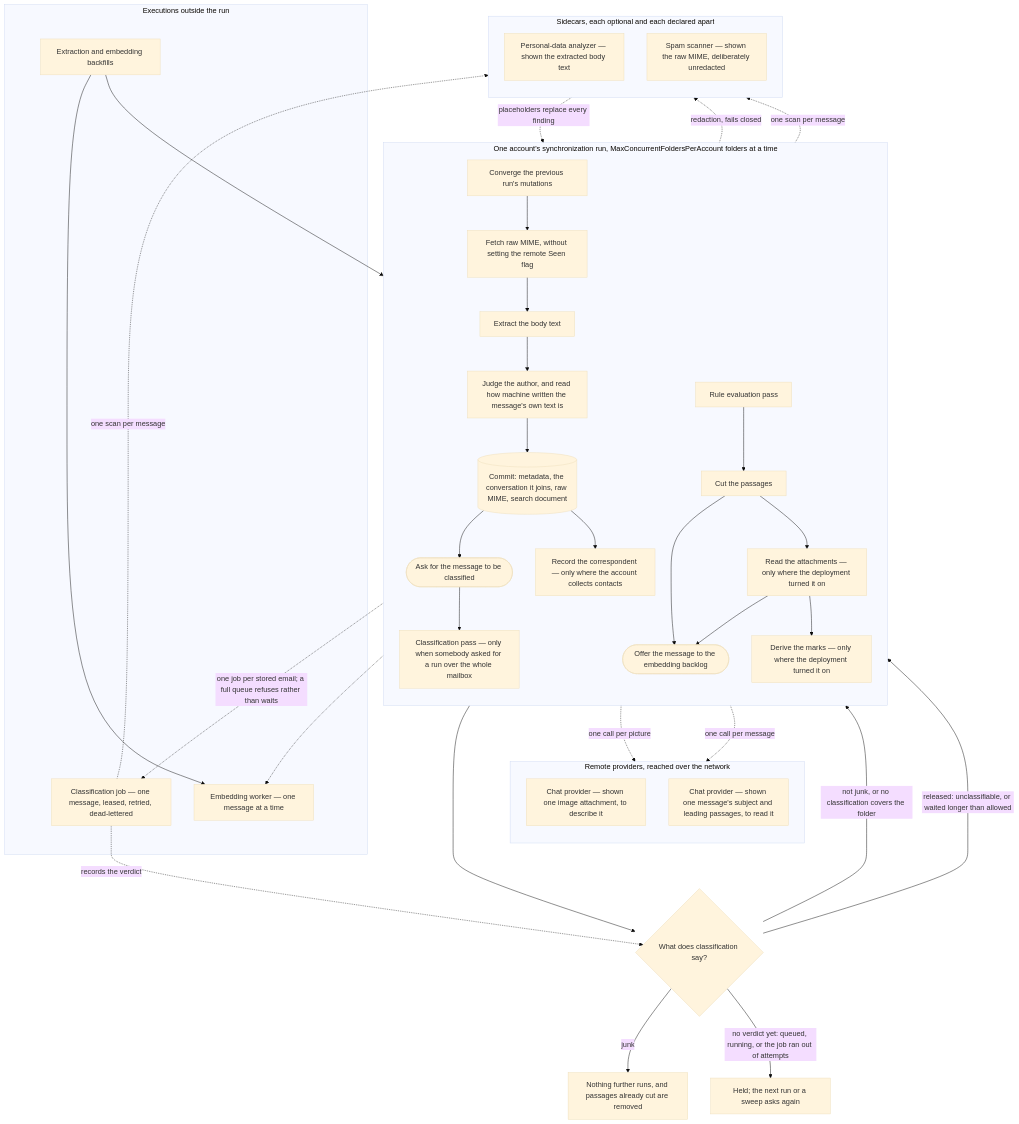
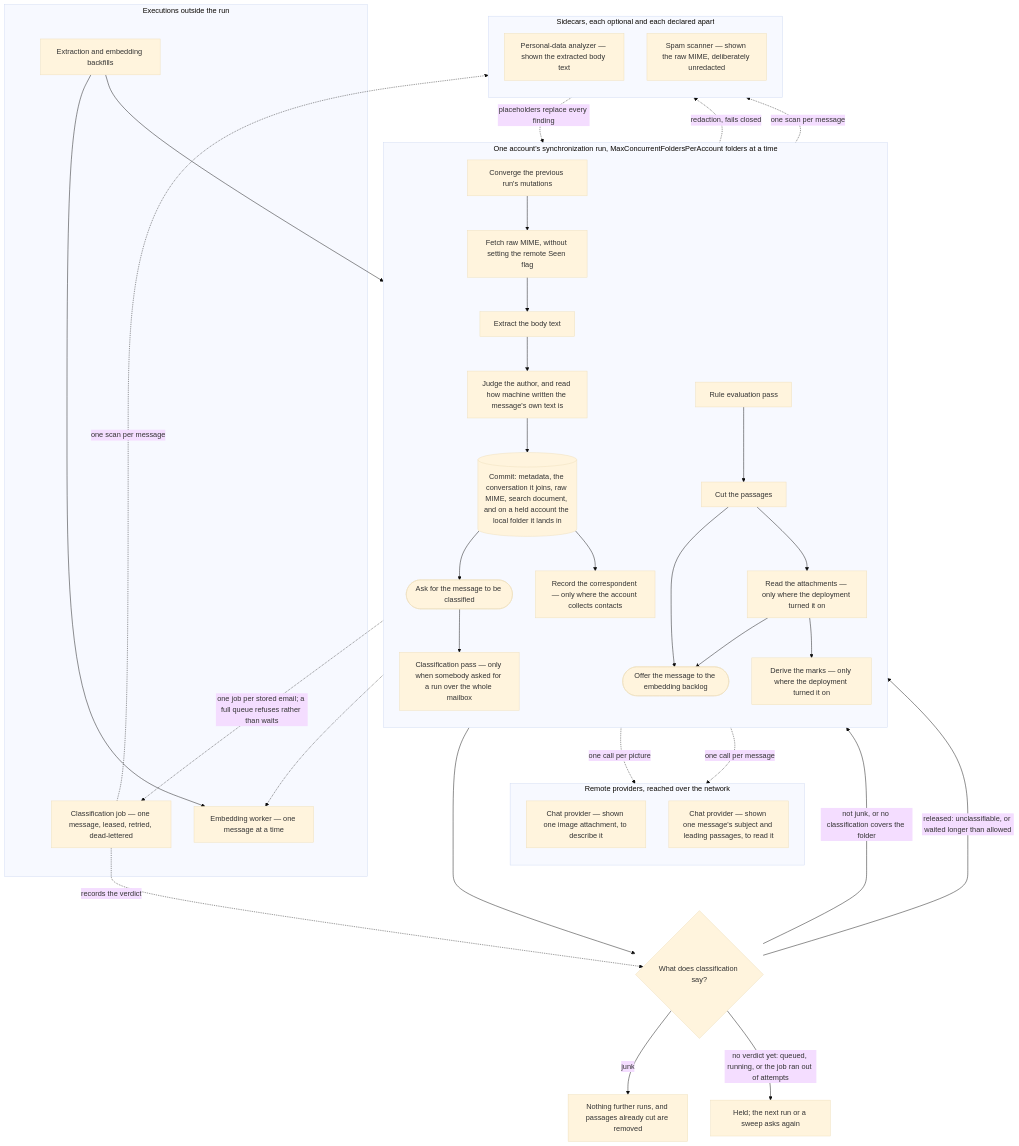
Before and after one commit to Krzysztof318/MailFathom: the diagram in docs/architecture/arrival-pipeline.md, drawn with Mermaid (base theme). The commit also changed 66 other files, not shown here.

First line of the commit message:
[#1942] Keep a folder hierarchy of its own for an account whose source is drained (#1988)

````diff
--- a/docs/architecture/arrival-pipeline.md
+++ b/docs/architecture/arrival-pipeline.md
@@ -16,64 +16,64 @@
 ```mermaid
 flowchart TD
     subgraph run["One account's synchronization run, MaxConcurrentFoldersPerAccount folders at a time"]
         direction TB
         converge["Converge the previous run's mutations"]
         fetch["Fetch raw MIME, without setting the remote Seen flag"]
         extract["Extract the body text"]
         judge["Judge the author, and read how machine written the message's own text is"]
-        commit[("Commit: metadata, the conversation it joins, raw MIME, search document")]
+        commit[("Commit: metadata, the conversation it joins, raw MIME, search document, and on a held account the local folder it lands in")]
         ask(["Ask for the message to be classified"])
         collect["Record the correspondent — only where the account collects contacts"]
         classify["Classification pass — only when somebody asked for a run over the whole mailbox"]
         rules["Rule evaluation pass"]
         cut["Cut the passages"]
         read["Read the attachments — only where the deployment turned it on"]
         offer(["Offer the message to the embedding backlog"])
         enrich["Derive the marks — only where the deployment turned it on"]
     end
 
     subgraph sidecars["Sidecars, each optional and each declared apart"]
         direction TB
         presidio["Personal-data analyzer — shown the extracted body text"]
         spamd["Spam scanner — shown the raw MIME, deliberately unredacted"]
     end
 
     subgraph remote["Remote providers, reached over the network"]
         direction TB
         vision["Chat provider — shown one image attachment, to describe it"]
         enricher["Chat provider — shown one message's subject and leading passages, to read it"]
     end
 
     subgraph elsewhere["Executions outside the run"]
         job["Classification job — one message, leased, retried, dead-lettered"]
         worker["Embedding worker — one message at a time"]
         sweeps["Extraction and embedding backfills"]
     end
 
     converge --> fetch --> extract --> judge
     judge -. "redaction, fails closed" .-> presidio
     presidio -. "placeholders replace every finding" .-> judge
     judge --> commit
     commit --> ask
     commit --> collect
     ask -. "one job per stored email; a full queue refuses rather than waits" .-> job
     ask --> classify
     job -. "one scan per message" .-> spamd
     classify -. "one scan per message" .-> spamd
     job -. "records the verdict" .-> gate
     classify --> gate{"What does classification say?"}
     gate -- "junk" --> withheld["Nothing further runs, and passages already cut are removed"]
     gate -- "not junk, or no classification covers the folder" --> rules
     gate -- "no verdict yet: queued, running, or the job ran out of attempts" --> held["Held; the next run or a sweep asks again"]
     gate -- "released: unclassifiable, or waited longer than allowed" --> rules
     rules --> cut
     cut --> offer
     cut --> read
     read --> offer
     read -. "one call per picture" .-> vision
     read --> enrich
     enrich -. "one call per message" .-> enricher
     offer -.-> worker
     sweeps --> cut
     sweeps --> worker
 ```
````
